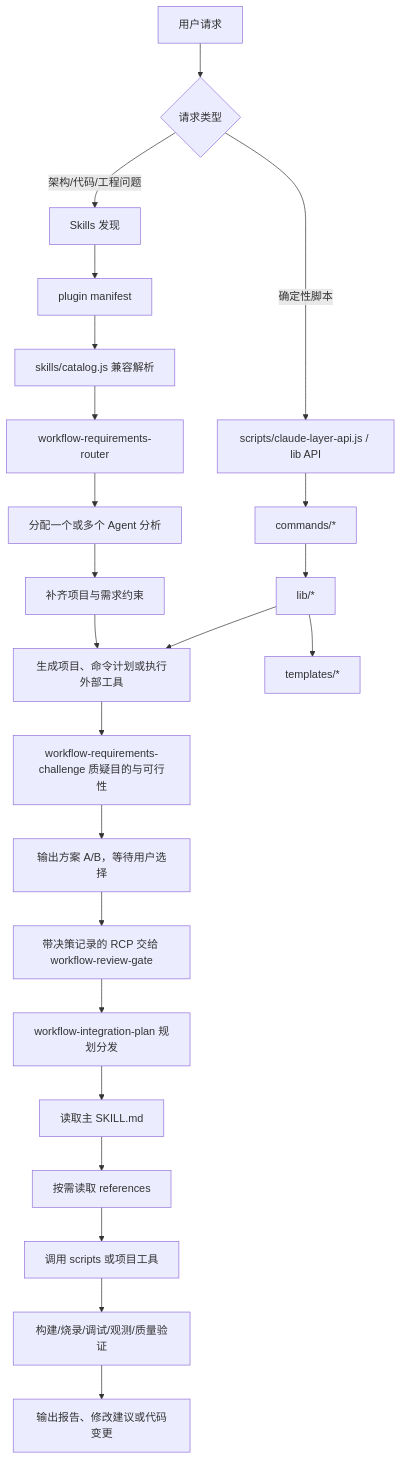
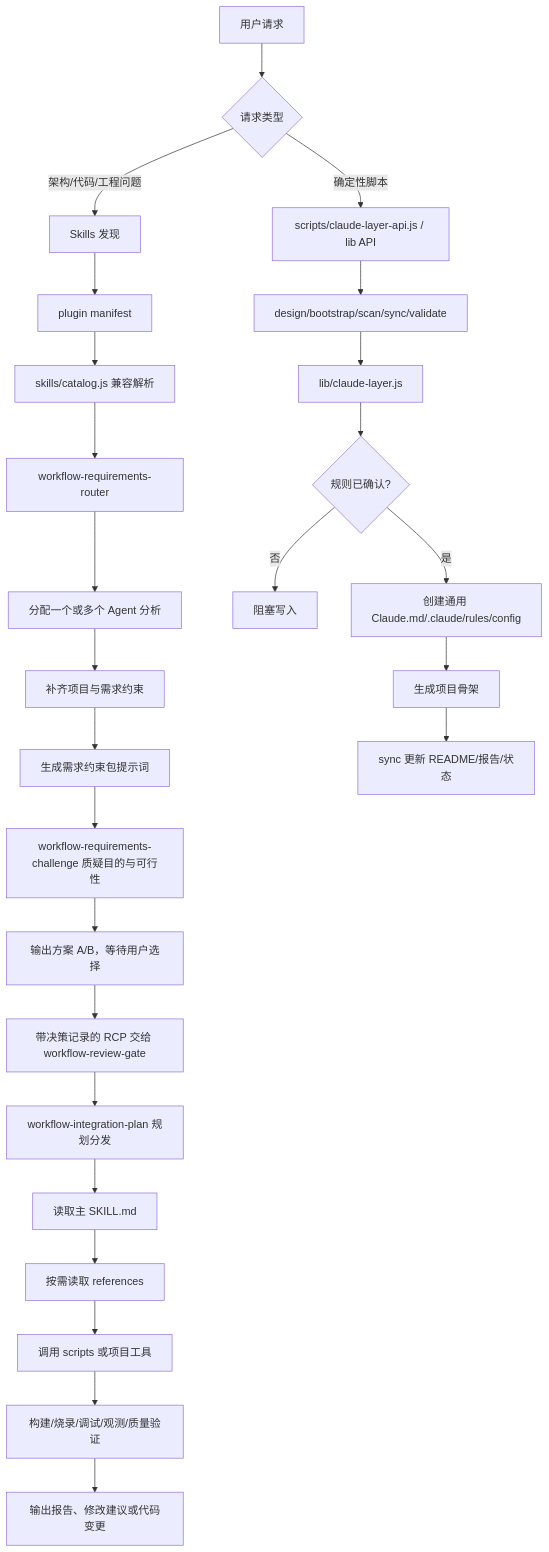
Before and after one commit to shuai-yemao/mcu-workbench: the first of 2 diagrams in docs/plugin-execution-flow.md, drawn with Mermaid. The commit also changed other lines of this file and 24 other files, not shown here.

````diff
--- a/docs/plugin-execution-flow.md
+++ b/docs/plugin-execution-flow.md
@@ -7,28 +7,31 @@
 ```mermaid
 flowchart TD
     U[用户请求] --> D{请求类型}
 
     D -->|架构/代码/工程问题| S0[Skills 发现]
     D -->|确定性脚本| N0[scripts/claude-layer-api.js / lib API]
 
     S0 --> M[plugin manifest]
     M --> C[skills/catalog.js 兼容解析]
     C --> R[workflow-requirements-router]
     R --> A[分配一个或多个 Agent 分析]
     A --> Q[补齐项目与需求约束]
     Q --> P[生成需求约束包提示词]
     P --> C2[workflow-requirements-challenge 质疑目的与可行性]
     C2 --> Choice[输出方案 A/B，等待用户选择]
     Choice --> S[带决策记录的 RCP 交给 workflow-review-gate]
     S --> S2[workflow-integration-plan 规划分发]
     S2 --> G[读取主 SKILL.md]
     G --> Ref[按需读取 references]
     Ref --> Tool[调用 scripts 或项目工具]
     Tool --> V[构建/烧录/调试/观测/质量验证]
     V --> O[输出报告、修改建议或代码变更]
 
-    N0 --> Cmd[commands/*]
-    Cmd --> Lib[lib/*]
-    Lib --> T[templates/*]
-    Lib --> P[生成项目、命令计划或执行外部工具]
+    N0 --> LayerAPI[design/bootstrap/scan/sync/validate]
+    LayerAPI --> Lib[lib/claude-layer.js]
+    Lib --> CStart{规则已确认?}
+    CStart -->|否| Block[阻塞写入]
+    CStart -->|是| Claude[创建通用 Claude.md/.claude/rules/config]
+    Claude --> Skeleton[生成项目骨架]
+    Skeleton --> Sync[sync 更新 README/报告/状态]
 ```
````
